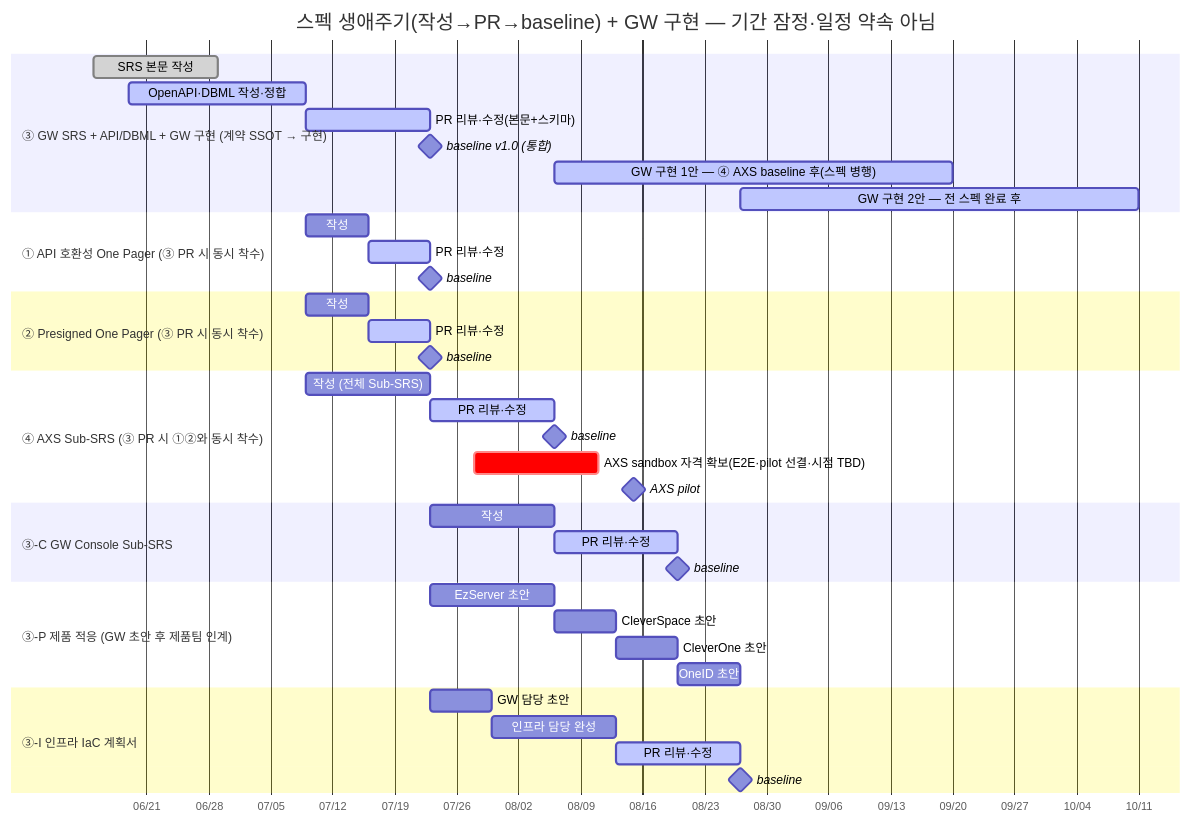
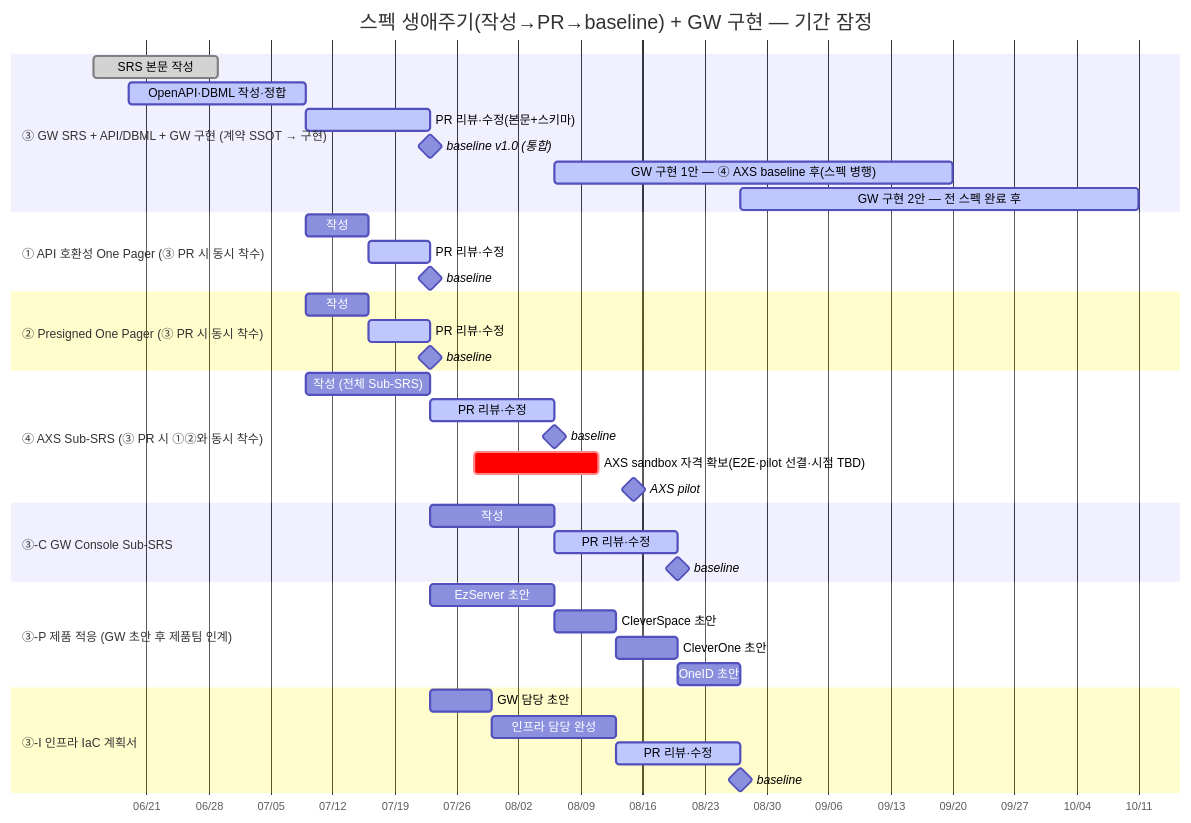
Diagram 14 of 14 in docs/VT_API_Gateway/08.VT_API_Gateway/VT API Gateway — PRD (v2)/VT API Gateway — 개발 Roadmap 결정.md (gracegyu/scp-architecture), drawn with Mermaid before and after one commit. The commit also changed other lines of this file and 2 other files, not shown here.

Commit message:
문서 업데이트: VT API Gateway의 주간회의 아젠다에서 스펙 생애주기 제목을 간소화하고, 개발 로드맵 문서에서 단계 정의 및 결과 테이블의 형식을 정리하여 가독성을 높였습니다. 또한, SRS 문서에 GW Console 스택 힌트를 추가하여 관리 API와의 연계를 명확히 하였습니다.

````diff
--- a/docs/VT_API_Gateway/08.VT_API_Gateway/VT API Gateway — PRD (v2)/VT API Gateway — 개발 Roadmap 결정.md
+++ b/docs/VT_API_Gateway/08.VT_API_Gateway/VT API Gateway — PRD (v2)/VT API Gateway — 개발 Roadmap 결정.md
@@ -698,49 +696,49 @@
 ```mermaid
 gantt
-    title 스펙 생애주기(작성→PR→baseline) + GW 구현 — 기간 잠정·일정 약속 아님
+    title 스펙 생애주기(작성→PR→baseline) + GW 구현 — 기간 잠정
     dateFormat YYYY-MM-DD
     axisFormat %m/%d
     todayMarker stroke-width:3px,stroke:#d33,opacity:0.6
 
     section ③ GW SRS + API/DBML + GW 구현 (계약 SSOT → 구현)
     SRS 본문 작성            :done, srsw, 2026-06-15, 14d
     OpenAPI·DBML 작성·정합   :active, designw, 2026-06-19, 20d
     PR 리뷰·수정(본문+스키마) :active, srspr, 2026-07-09, 14d
     baseline v1.0 (통합)     :milestone, srsbl, after srspr, 0d
     GW 구현 1안 — ④ AXS baseline 후(스펙 병행) :active, impl1, after axsbl, 45d
     GW 구현 2안 — 전 스펙 완료 후 :active, impl2, after conbl infbl oidw, 45d
 
     section ① API 호환성 One Pager (③ PR 시 동시 착수)
     작성                  :op1w, 2026-07-09, 7d
     PR 리뷰·수정          :active, op1pr, after op1w, 7d
     baseline              :milestone, op1bl, after op1pr, 0d
 
     section ② Presigned One Pager (③ PR 시 동시 착수)
     작성                  :op2w, 2026-07-09, 7d
     PR 리뷰·수정          :active, op2pr, after op2w, 7d
     baseline              :milestone, op2bl, after op2pr, 0d
 
     section ④ AXS Sub-SRS (③ PR 시 ①②와 동시 착수)
     작성 (전체 Sub-SRS)    :axsw, 2026-07-09, 14d
     PR 리뷰·수정          :active, axspr, after axsw, 14d
     baseline              :milestone, axsbl, after axspr, 0d
     AXS sandbox 자격 확보(E2E·pilot 선결·시점 TBD) :crit, cred, 2026-07-28, 14d
     AXS pilot             :milestone, pilot, 2026-08-15, 0d
 
     section ③-C GW Console Sub-SRS
     작성                  :conw, after srsbl, 14d
     PR 리뷰·수정          :active, conpr, after conw, 14d
     baseline              :milestone, conbl, after conpr, 0d
 
     section ③-P 제품 적응 (GW 초안 후 제품팀 인계)
     EzServer 초안         :ezw, after srsbl, 14d
     CleverSpace 초안      :csw, after ezw, 7d
     CleverOne 초안        :cow, after csw, 7d
     OneID 초안            :oidw, after cow, 7d
 
     section ③-I 인프라 IaC 계획서
     GW 담당 초안          :infw1, after srsbl, 7d
     인프라 담당 완성       :infw2, after infw1, 14d
     PR 리뷰·수정          :active, infpr, after infw2, 14d
     baseline              :milestone, infbl, after infpr, 0d
 ```
````
